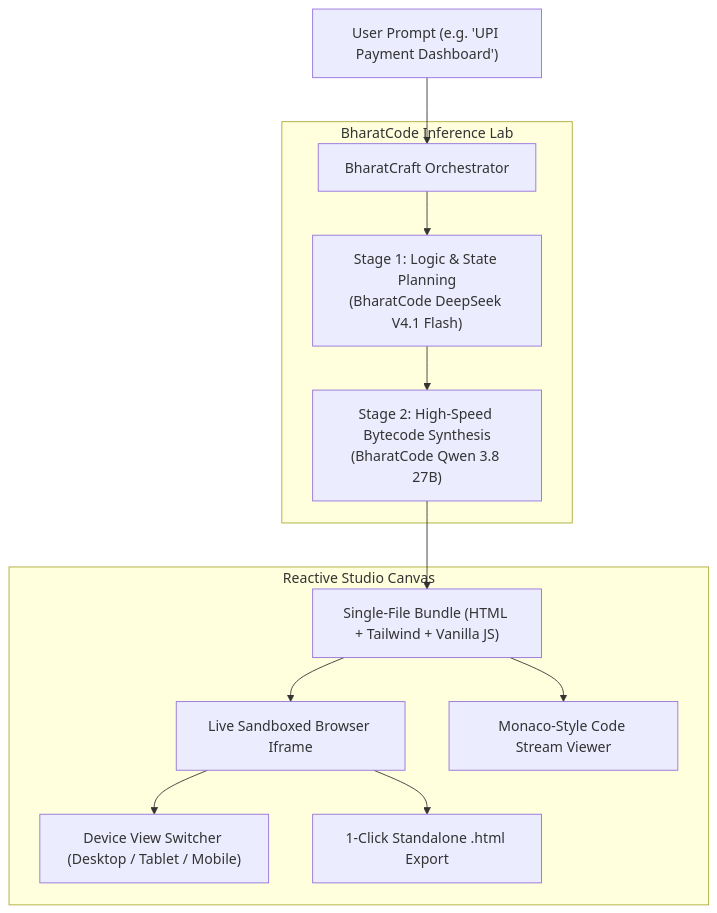
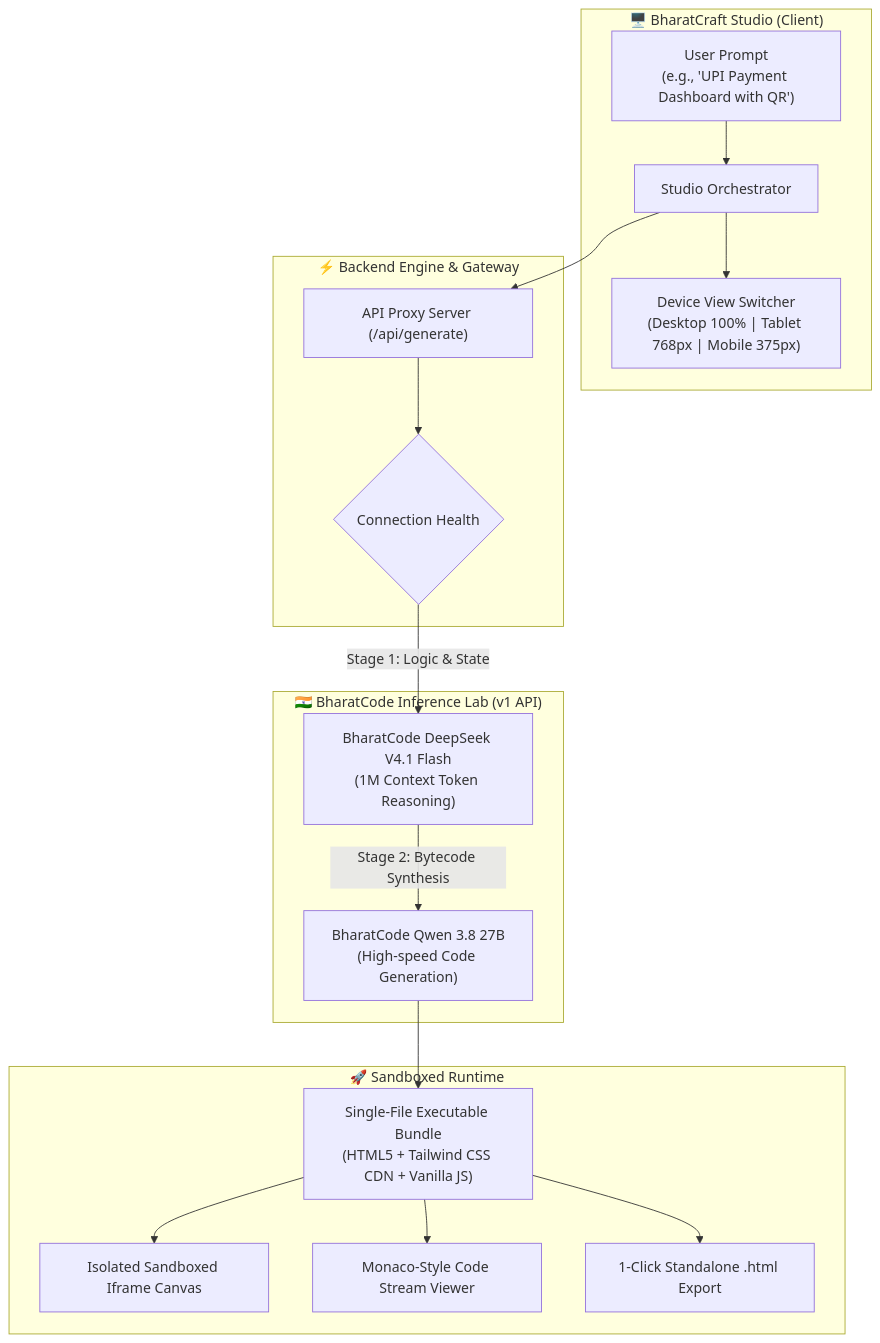
The diagram in README.md (shuyad02/Bharatcraft), drawn with Mermaid before and after one commit. The commit also changed other lines of this file, not shown here.

Commit message:
docs: revamp README with professional FAANG-grade documentation and architecture

````diff
--- a/README.md
+++ b/README.md
@@ -29,18 +40,24 @@
 ```mermaid
 flowchart TD
-    A["User Prompt (e.g. 'UPI Payment Dashboard')"] --> B["BharatCraft Orchestrator"]
-    
-    subgraph BharatCode Inference Lab
-        B --> C["Stage 1: Logic & State Planning\n(BharatCode DeepSeek V4.1 Flash)"]
-        C --> D["Stage 2: High-Speed Bytecode Synthesis\n(BharatCode Qwen 3.8 27B)"]
+    subgraph Client ["🖥️ BharatCraft Studio (Client)"]
+        A["User Prompt\n(e.g., 'UPI Payment Dashboard with QR')"] --> B["Studio Orchestrator"]
+        B --> C["Device View Switcher\n(Desktop 100% | Tablet 768px | Mobile 375px)"]
     end
-    
-    D --> E["Single-File Bundle (HTML + Tailwind + Vanilla JS)"]
-    
-    subgraph Reactive Studio Canvas
-        E --> F["Live Sandboxed Browser Iframe"]
-        E --> G["Monaco-Style Code Stream Viewer"]
-        F --> H["Device View Switcher (Desktop / Tablet / Mobile)"]
-        F --> I["1-Click Standalone .html Export"]
+
+    subgraph Backend ["⚡ Backend Engine & Gateway"]
+        B --> D["API Proxy Server (/api/generate)"]
+        D --> E{"Connection Health"}
+    end
+
+    subgraph BharatCode ["🇮🇳 BharatCode Inference Lab (v1 API)"]
+        E -->|"Stage 1: Logic & State"| F["BharatCode DeepSeek V4.1 Flash\n(1M Context Token Reasoning)"]
+        F -->|"Stage 2: Bytecode Synthesis"| G["BharatCode Qwen 3.8 27B\n(High-speed Code Generation)"]
+    end
+
+    subgraph Execution ["🚀 Sandboxed Runtime"]
+        G --> H["Single-File Executable Bundle\n(HTML5 + Tailwind CSS CDN + Vanilla JS)"]
+        H --> I["Isolated Sandboxed Iframe Canvas"]
+        H --> J["Monaco-Style Code Stream Viewer"]
+        H --> K["1-Click Standalone .html Export"]
     end
 ```
````
